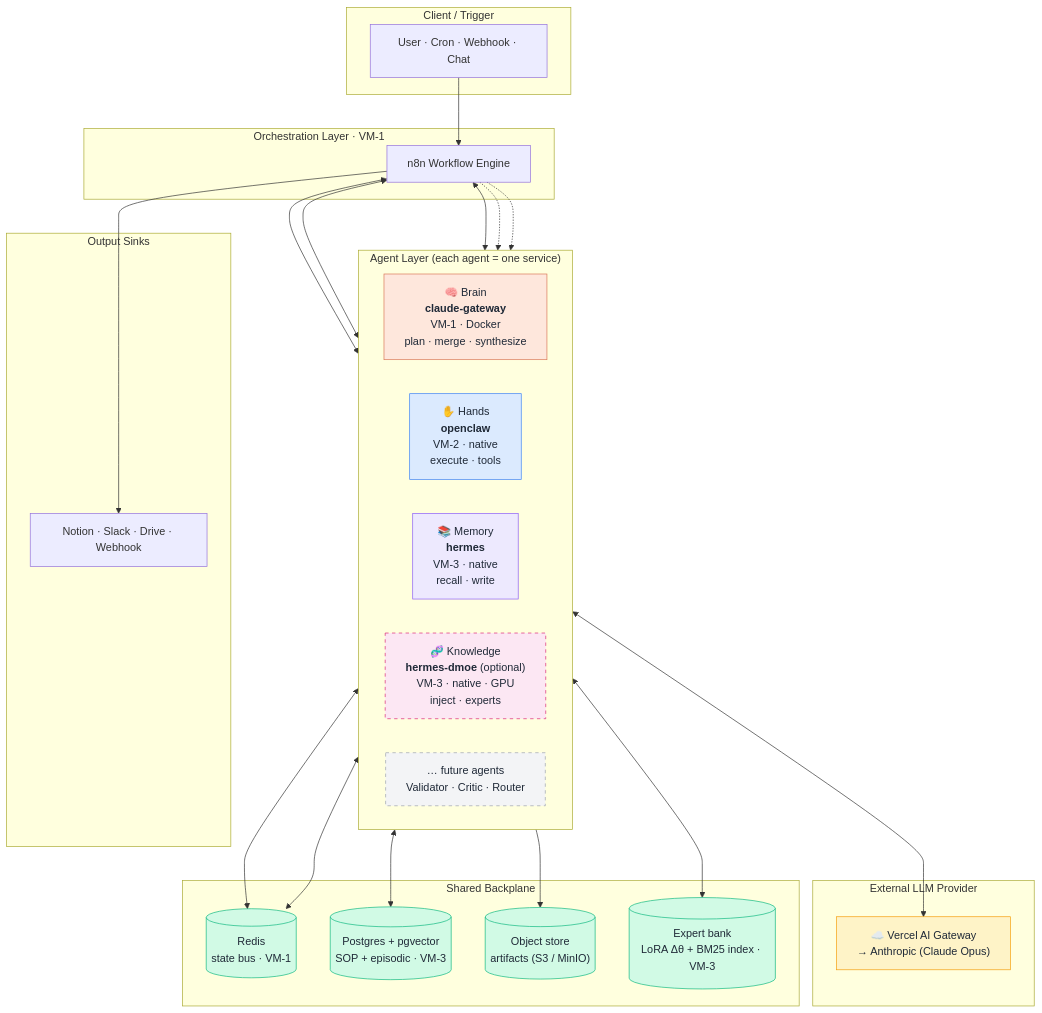
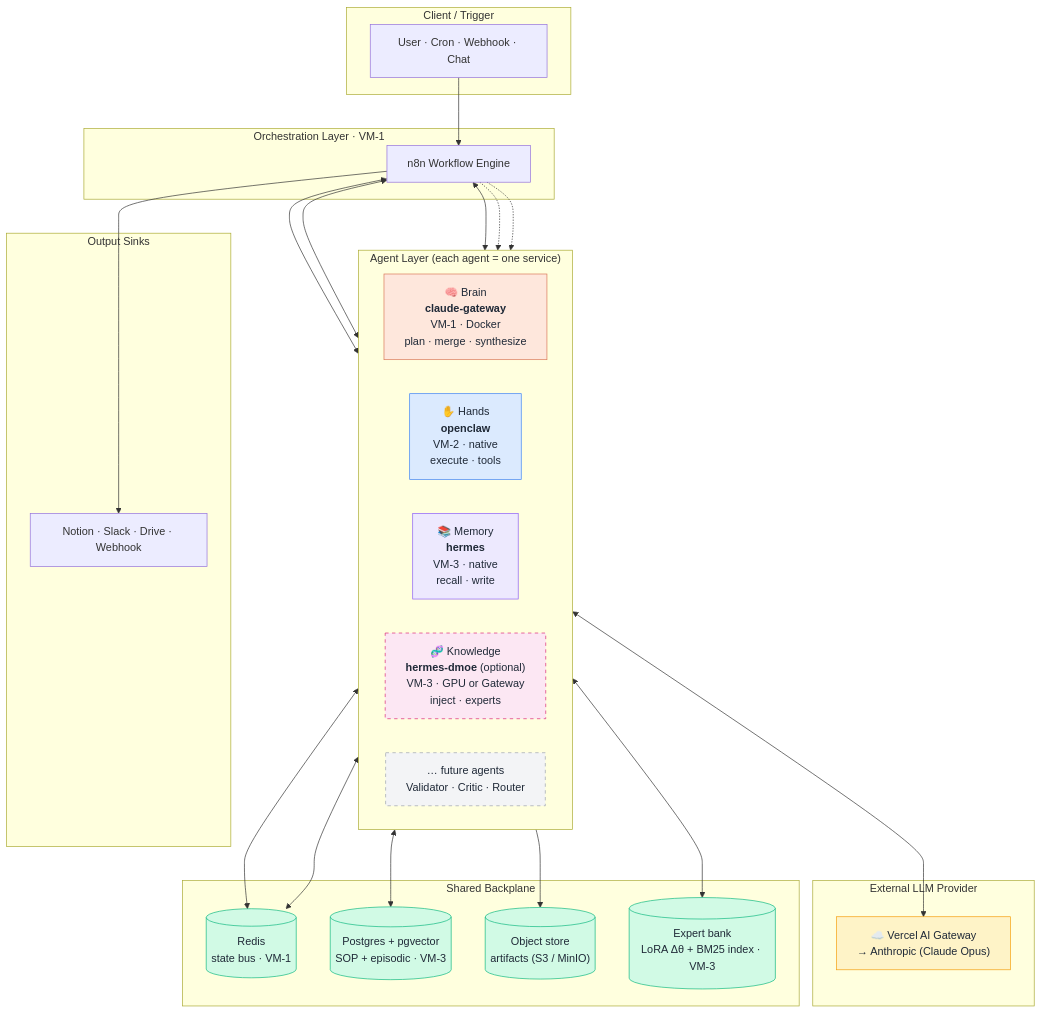
Before and after one commit to tonylnng/gateforge-loom: the first of 9 diagrams in README.md, drawn with Mermaid. The commit also changed other lines of this file and 2 other files, not shown here.

First line of the commit message:
docs(dmoe): add no-GPU AI Gateway runtime mode alongside self-hosted GPU mode

````diff
--- a/README.md
+++ b/README.md
@@ -121,63 +123,63 @@
 ```mermaid
 flowchart TB
     subgraph Client["Client / Trigger"]
         U["User · Cron · Webhook · Chat"]
     end
 
     subgraph Orchestration["Orchestration Layer · VM-1"]
         N["n8n Workflow Engine"]
     end
 
     subgraph Agents["Agent Layer (each agent = one service)"]
         direction LR
         B["🧠 Brain<br/><b>claude-gateway</b><br/>VM-1 · Docker<br/>plan · merge · synthesize"]
         H["✋ Hands<br/><b>openclaw</b><br/>VM-2 · native<br/>execute · tools"]
         M["📚 Memory<br/><b>hermes</b><br/>VM-3 · native<br/>recall · write"]
-        K["🧬 Knowledge<br/><b>hermes-dmoe</b> (optional)<br/>VM-3 · native · GPU<br/>inject · experts"]
+        K["🧬 Knowledge<br/><b>hermes-dmoe</b> (optional)<br/>VM-3 · GPU or Gateway<br/>inject · experts"]
         FA["… future agents<br/>Validator · Critic · Router"]
     end
 
     subgraph External["External LLM Provider"]
         V["☁️ Vercel AI Gateway<br/>→ Anthropic (Claude Opus)"]
     end
 
     subgraph Backplane["Shared Backplane"]
         R[("Redis<br/>state bus · VM-1")]
         P[("Postgres + pgvector<br/>SOP + episodic · VM-3")]
         S[("Object store<br/>artifacts (S3 / MinIO)")]
         X[("Expert bank<br/>LoRA Δθ + BM25 index · VM-3")]
     end
 
     subgraph Sinks["Output Sinks"]
         O["Notion · Slack · Drive · Webhook"]
     end
 
     U --> N
     N <--> B
     N <--> H
     N <--> M
     N -.-> K
     N -.-> FA
     B <--> V
     B <--> R
     H <--> R
     H --> S
     M <--> P
     K <--> X
     N --> O
 
     classDef brain   fill:#FEE7DC,stroke:#D97757,color:#1F2937;
     classDef hands   fill:#DBEAFE,stroke:#3B82F6,color:#1F2937;
     classDef memory  fill:#EDE9FE,stroke:#8B5CF6,color:#1F2937;
     classDef know    fill:#FCE7F3,stroke:#DB2777,color:#1F2937,stroke-dasharray: 5 5;
     classDef future  fill:#F3F4F6,stroke:#9CA3AF,color:#1F2937,stroke-dasharray: 5 5;
     classDef store   fill:#D1FAE5,stroke:#10B981,color:#1F2937;
     classDef ext     fill:#FEF3C7,stroke:#F59E0B,color:#1F2937;
     class B brain
     class H hands
     class M memory
     class K know
     class FA future
     class R,P,S,X store
     class V ext
 ```
````
